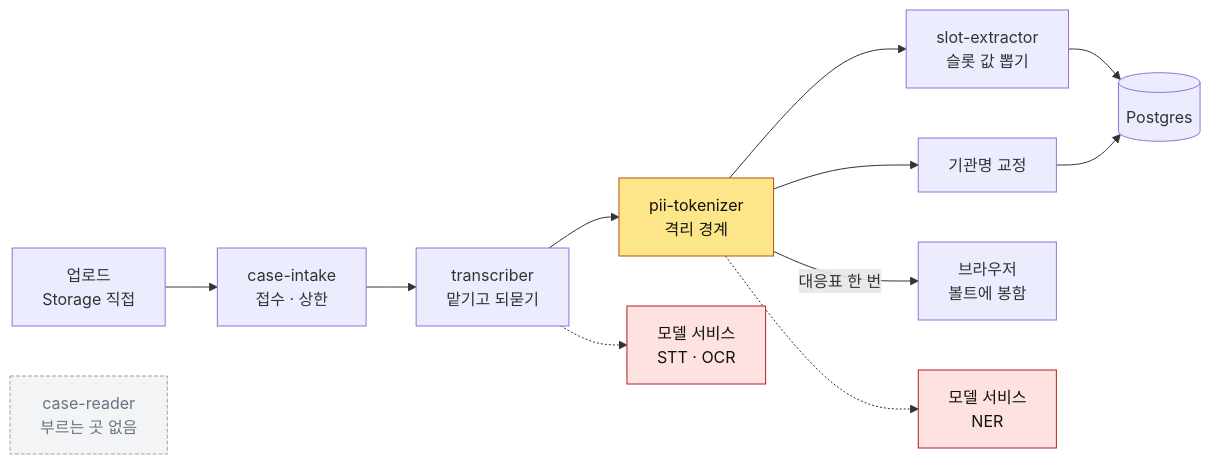
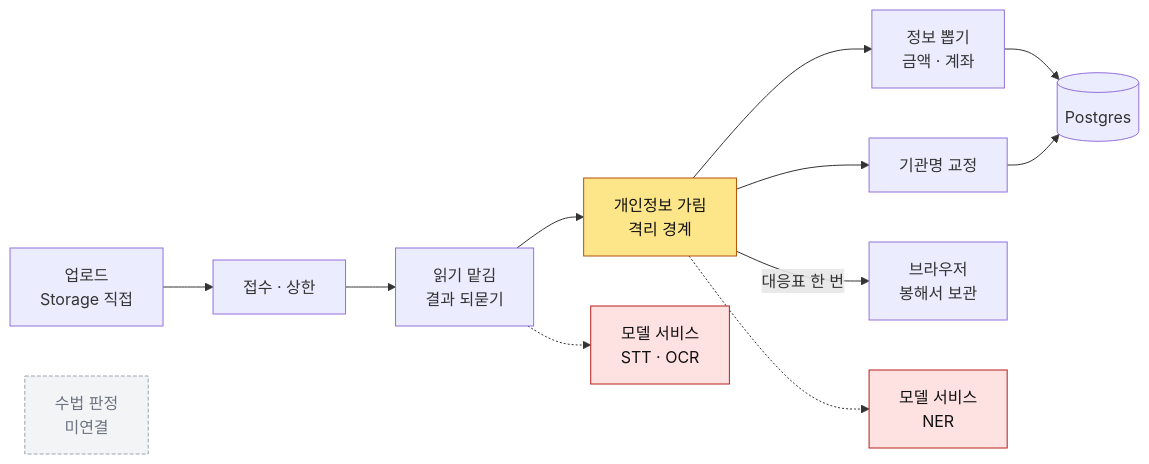
Before and after one commit to Dojaegyum/fsec-ai-challenge: the third of 10 diagrams in ARCHITECTURE.md, drawn with Mermaid. The commit also changed other lines of this file, not shown here.

First line of the commit message:
ARCHITECTURE.md 그림에서 코드 이름을 빼고 하는 일을 한글로 적는다 — 상자 한 줄은 한글 10자·영문 10자 안으로, 모듈 이름은 그림 아래 표로, 머리말·「이 문서의 자리」·설명조 문장은 없앤다

````diff
--- a/ARCHITECTURE.md
+++ b/ARCHITECTURE.md
@@ -173,19 +145,19 @@
 ```mermaid
 flowchart LR
-    UP["업로드<br/>Storage 직접"] --> INTAKE["case-intake<br/>접수 · 상한"]
-    INTAKE --> TR["transcriber<br/>맡기고 되묻기"]
-    TR --> TOK["pii-tokenizer<br/>격리 경계"]
-    TOK --> SX["slot-extractor<br/>슬롯 값 뽑기"]
+    UP["업로드<br/>Storage 직접"] --> INTAKE["접수 · 상한"]
+    INTAKE --> TR["읽기 맡김<br/>결과 되묻기"]
+    TR --> TOK["개인정보 가림<br/>격리 경계"]
+    TOK --> SX["정보 뽑기<br/>금액 · 계좌"]
     TOK --> ORG["기관명 교정"]
     SX --> DB[("Postgres")]
     ORG --> DB
-    TOK -- "대응표 한 번" --> BR["브라우저<br/>볼트에 봉함"]
+    TOK -- "대응표 한 번" --> BR["브라우저<br/>봉해서 보관"]
     TR -.-> SVC["모델 서비스<br/>STT · OCR"]
     TOK -.-> NER["모델 서비스<br/>NER"]
-    READER["case-reader<br/>부르는 곳 없음"]
+    READER["수법 판정<br/>미연결"]
 
     style TOK fill:#fde68a,stroke:#b45309,color:#111
     style SVC fill:#fee2e2,stroke:#b91c1c,color:#111
     style NER fill:#fee2e2,stroke:#b91c1c,color:#111
     style READER fill:#f3f4f6,stroke:#9ca3af,color:#6b7280,stroke-dasharray: 4 2
 ```
````
